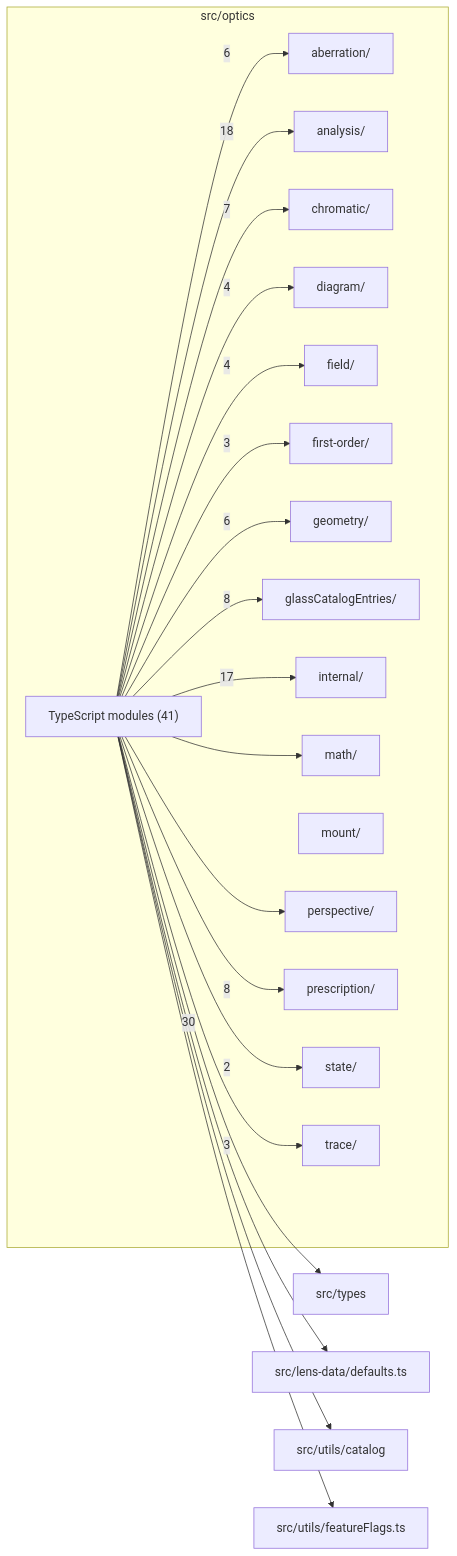
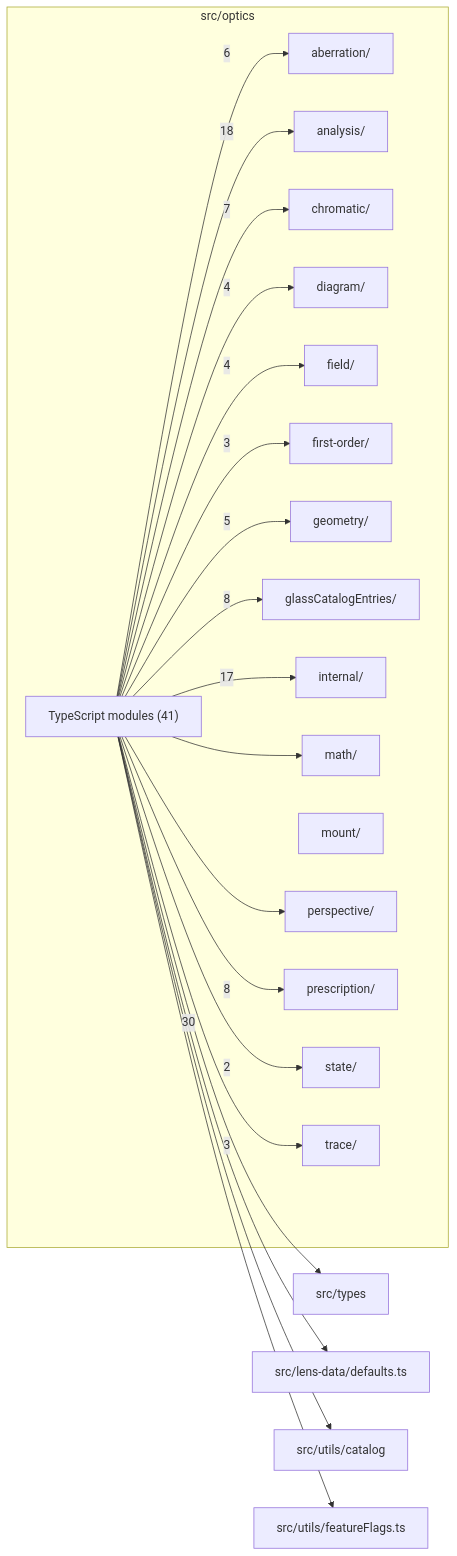
Before and after one commit to ronbuening/LensVisualizer: the diagram in src/optics/readme.md, drawn with Mermaid. The commit also changed other lines of this file and 11 other files, not shown here.

````diff
--- a/src/optics/readme.md
+++ b/src/optics/readme.md
@@ -9,43 +9,43 @@
 ```mermaid
 flowchart LR
   subgraph n_src_optics["src/optics"]
     n_src_optics_src_optics_aberration["aberration/"]
     n_src_optics_src_optics_analysis["analysis/"]
     n_src_optics_src_optics_chromatic["chromatic/"]
     n_src_optics_src_optics_diagram["diagram/"]
     n_src_optics_src_optics_field["field/"]
     n_src_optics_src_optics_first_order["first-order/"]
     n_src_optics_src_optics_geometry["geometry/"]
     n_src_optics_src_optics_glassCatalogEntries["glassCatalogEntries/"]
     n_src_optics_src_optics_internal["internal/"]
     n_src_optics_src_optics_math["math/"]
     n_src_optics_src_optics_mount["mount/"]
     n_src_optics_src_optics_perspective["perspective/"]
     n_src_optics_src_optics_prescription["prescription/"]
     n_src_optics_src_optics_state["state/"]
     n_src_optics_src_optics_trace["trace/"]
     n_src_optics_TypeScript_modules["TypeScript modules (41)"]
   end
   n_external_src_types["src/types"]
   n_external_src_lens_data_defaults_ts["src/lens-data/defaults.ts"]
   n_external_src_utils_catalog["src/utils/catalog"]
   n_external_src_utils_featureFlags_ts["src/utils/featureFlags.ts"]
   n_src_optics_TypeScript_modules --> |30| n_external_src_types
   n_src_optics_TypeScript_modules --> |18| n_src_optics_src_optics_analysis
   n_src_optics_TypeScript_modules --> |17| n_src_optics_src_optics_internal
   n_src_optics_TypeScript_modules --> |8| n_src_optics_src_optics_glassCatalogEntries
   n_src_optics_TypeScript_modules --> |8| n_src_optics_src_optics_prescription
   n_src_optics_TypeScript_modules --> |7| n_src_optics_src_optics_chromatic
   n_src_optics_TypeScript_modules --> |6| n_src_optics_src_optics_aberration
-  n_src_optics_TypeScript_modules --> |6| n_src_optics_src_optics_geometry
+  n_src_optics_TypeScript_modules --> |5| n_src_optics_src_optics_geometry
   n_src_optics_TypeScript_modules --> |4| n_src_optics_src_optics_diagram
   n_src_optics_TypeScript_modules --> |4| n_src_optics_src_optics_field
   n_src_optics_TypeScript_modules --> |3| n_src_optics_src_optics_first_order
   n_src_optics_TypeScript_modules --> |3| n_src_optics_src_optics_trace
   n_src_optics_TypeScript_modules --> |2| n_src_optics_src_optics_state
   n_src_optics_TypeScript_modules --> n_external_src_lens_data_defaults_ts
   n_src_optics_TypeScript_modules --> n_external_src_utils_catalog
   n_src_optics_TypeScript_modules --> n_external_src_utils_featureFlags_ts
   n_src_optics_TypeScript_modules --> n_src_optics_src_optics_math
   n_src_optics_TypeScript_modules --> n_src_optics_src_optics_perspective
 ```
````
